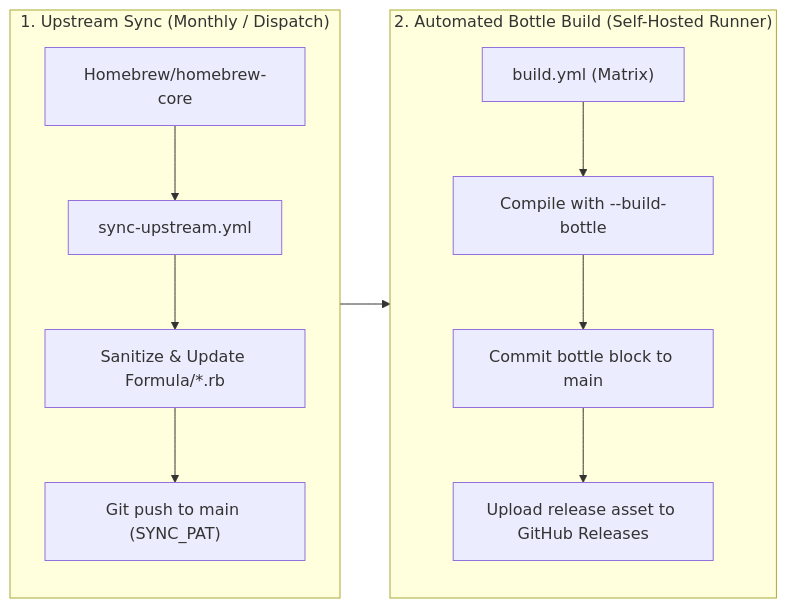
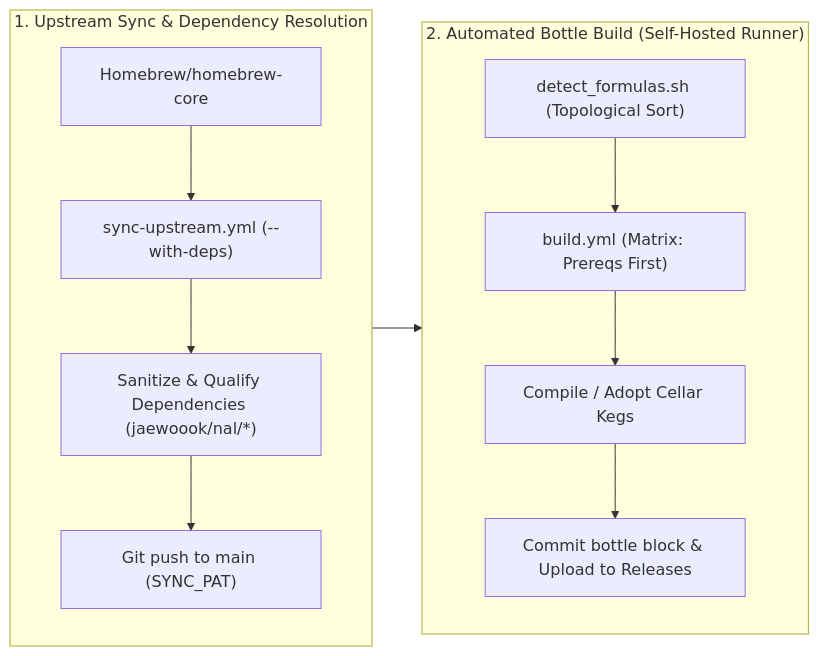
The diagram in README.md (Jaewoook/homebrew-nal), drawn with Mermaid before and after one commit. The commit also changed other lines of this file and 9 other files, not shown here.

Commit message:
Update README and qualify tap dependencies across formulas

````diff
--- a/README.md
+++ b/README.md
@@ -47,17 +48,17 @@
 ```mermaid
 flowchart LR
-    subgraph Sync ["1. Upstream Sync (Monthly / Dispatch)"]
+    subgraph Sync ["1. Upstream Sync & Dependency Resolution"]
         direction TB
-        A["Homebrew/homebrew-core"] --> B["sync-upstream.yml"]
-        B --> C["Sanitize & Update Formula/*.rb"]
+        A["Homebrew/homebrew-core"] --> B["sync-upstream.yml (--with-deps)"]
+        B --> C["Sanitize & Qualify Dependencies (jaewoook/nal/*)"]
         C --> D["Git push to main (SYNC_PAT)"]
     end
 
     subgraph Build ["2. Automated Bottle Build (Self-Hosted Runner)"]
         direction TB
-        D --> E["build.yml (Matrix)"]
-        E --> F["Compile with --build-bottle"]
-        F --> G["Commit bottle block to main"]
-        G --> H["Upload release asset to GitHub Releases"]
+        D --> E["detect_formulas.sh (Topological Sort)"]
+        E --> F["build.yml (Matrix: Prereqs First)"]
+        F --> G["Compile / Adopt Cellar Kegs"]
+        G --> H["Commit bottle block & Upload to Releases"]
     end
 ```
````
